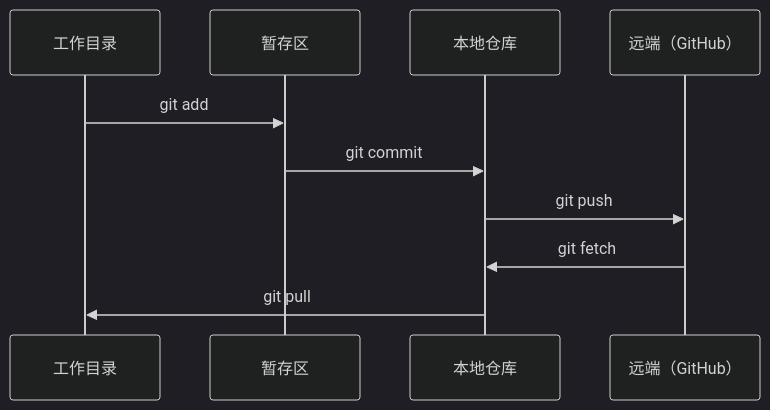
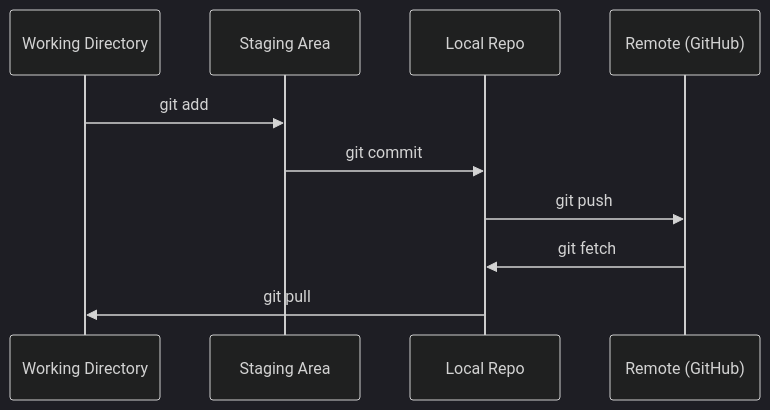
One commit to omigaZen/ai-engineering-from-scratch changed the diagram in phases/00-setup-and-tooling/02-git-and-collaboration/docs/zh.md. Above: the diagram before and after it, drawn with Mermaid (dark theme). The commit also changed other lines of this file and 32 other files, not shown here.

````diff
--- a/phases/00-setup-and-tooling/02-git-and-collaboration/docs/zh.md
+++ b/phases/00-setup-and-tooling/02-git-and-collaboration/docs/zh.md
@@ -25,12 +25,12 @@
 ```mermaid
 sequenceDiagram
-    participant WD as 工作目录
-    participant SA as 暂存区
-    participant LR as 本地仓库
-    participant R as 远端（GitHub）
+    participant WD as Working Directory
+    participant SA as Staging Area
+    participant LR as Local Repo
+    participant R as Remote (GitHub)
     WD->>SA: git add
     SA->>LR: git commit
     LR->>R: git push
     R->>LR: git fetch
     LR->>WD: git pull
 ```
````
